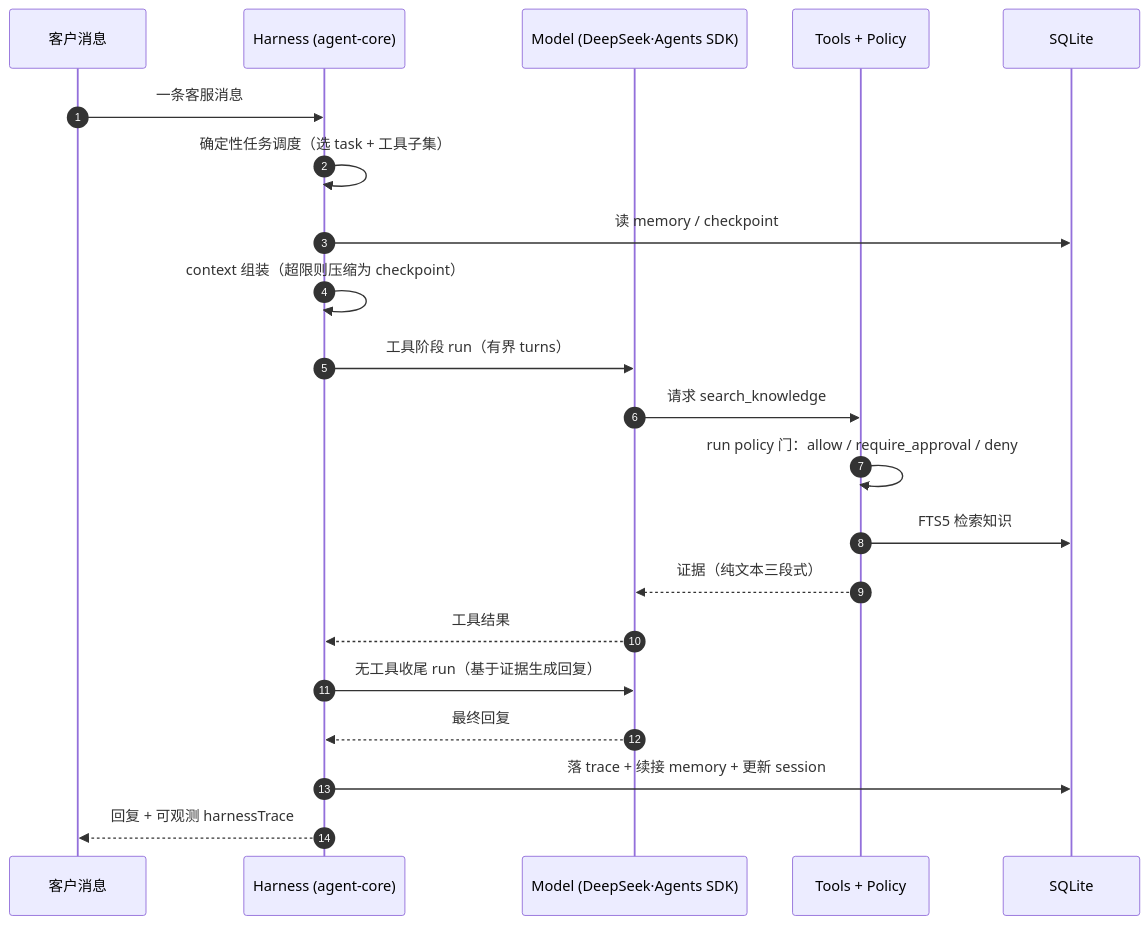
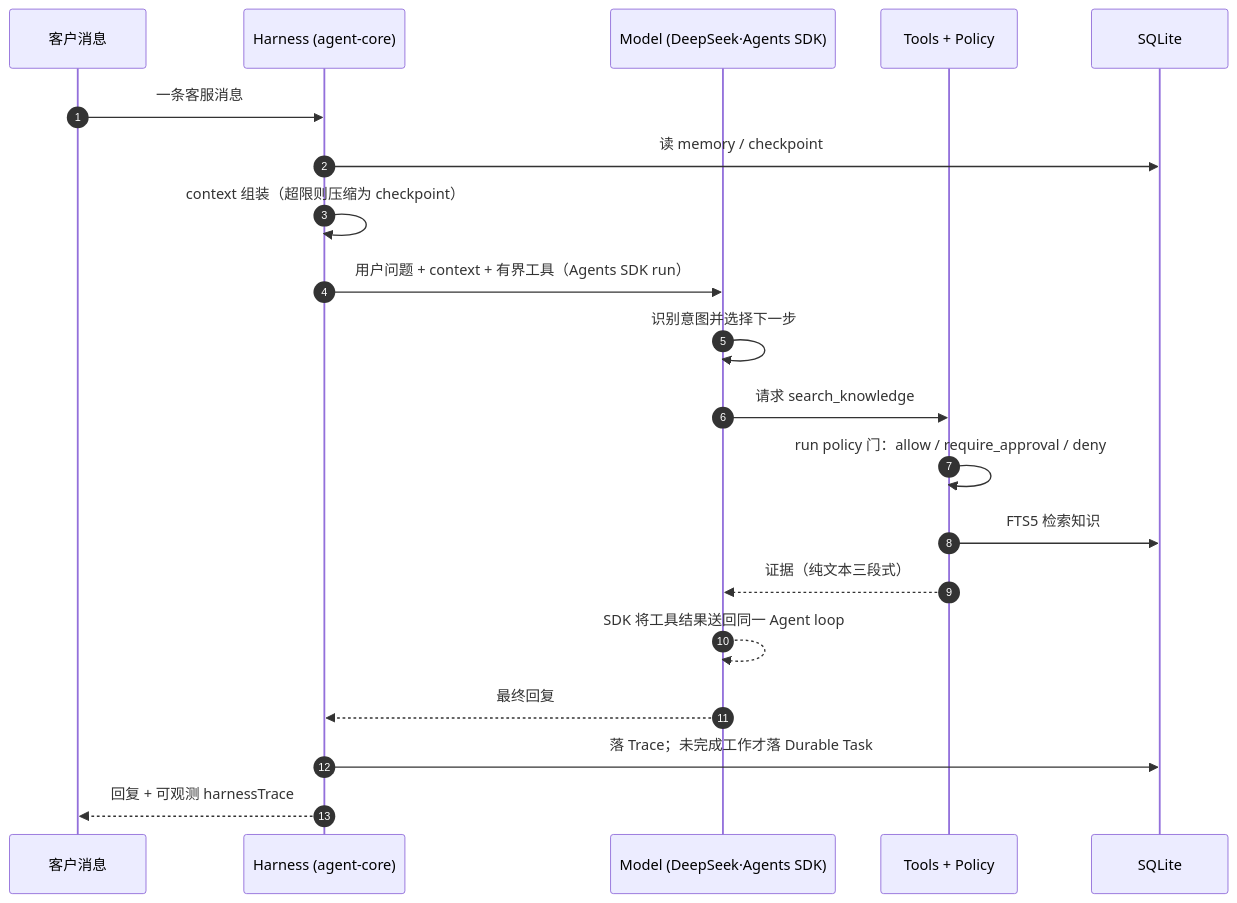
The second of 2 diagrams in README.md (ImWenyaoT/chatty), drawn with Mermaid before and after one commit. The commit also changed other lines of this file and 59 other files, not shown here.

````diff
--- a/README.md
+++ b/README.md
@@ -70,24 +71,23 @@
 ```mermaid
 sequenceDiagram
   autonumber
   participant U as 客户消息
   participant H as Harness (agent-core)
   participant M as Model (DeepSeek·Agents SDK)
   participant T as Tools + Policy
   participant D as SQLite
 
   U->>H: 一条客服消息
-  H->>H: 确定性任务调度（选 task + 工具子集）
   H->>D: 读 memory / checkpoint
   H->>H: context 组装（超限则压缩为 checkpoint）
-  H->>M: 工具阶段 run（有界 turns）
+  H->>M: 用户问题 + context + 有界工具（Agents SDK run）
+  M->>M: 识别意图并选择下一步
   M->>T: 请求 search_knowledge
   T->>T: run policy 门：allow / require_approval / deny
   T->>D: FTS5 检索知识
   T-->>M: 证据（纯文本三段式）
-  M-->>H: 工具结果
-  H->>M: 无工具收尾 run（基于证据生成回复）
+  M-->>M: SDK 将工具结果送回同一 Agent loop
   M-->>H: 最终回复
-  H->>D: 落 trace + 续接 memory + 更新 session
+  H->>D: 落 Trace；未完成工作才落 Durable Task
   H-->>U: 回复 + 可观测 harnessTrace
 ```
````
